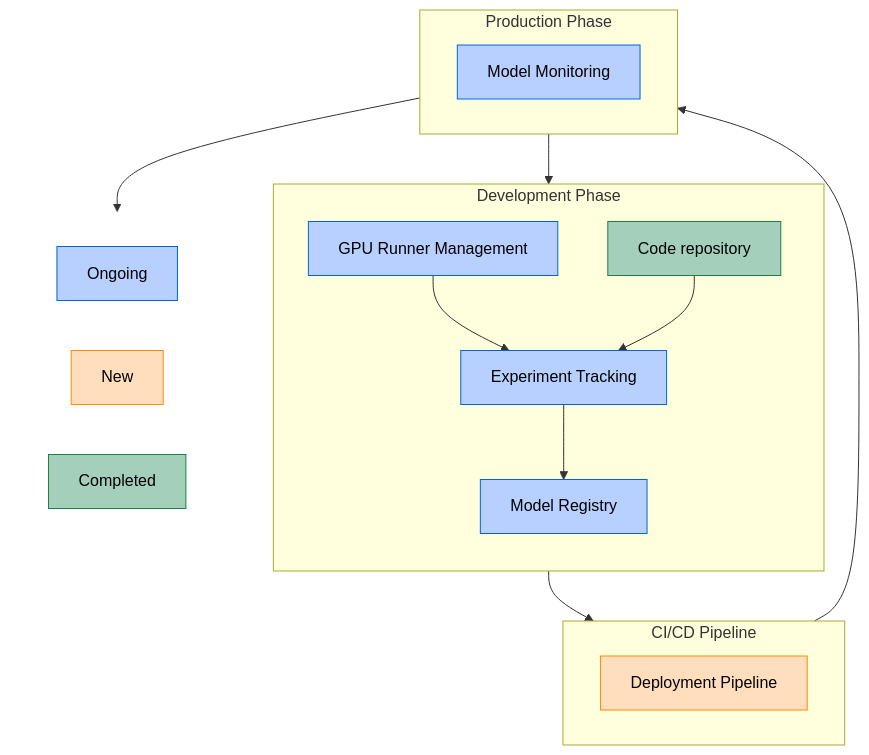
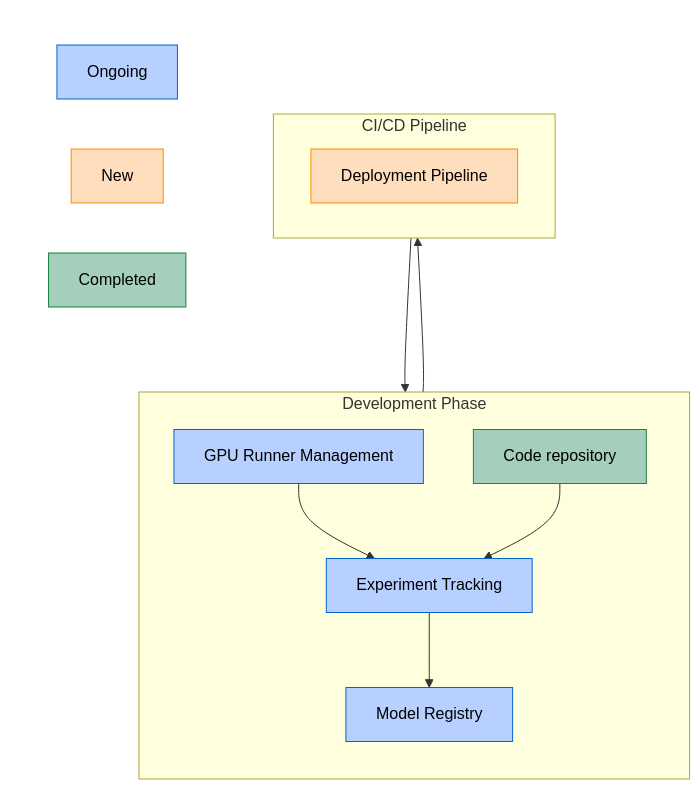
One commit to zalyoung/gitlab-handbook changed the diagram in content/handbook/engineering/architecture/design-documents/mlops/_index.md. Above: the diagram before and after it, drawn with Mermaid. The commit also changed other lines of this file, not shown here.

````diff
--- a/content/handbook/engineering/architecture/design-documents/mlops/_index.md
+++ b/content/handbook/engineering/architecture/design-documents/mlops/_index.md
@@ -65,42 +64,37 @@
 ```mermaid
 graph TB
     subgraph DevPhase["Development Phase"]
         direction TB
         A1[Experiment Tracking]:::ongoing
         A2[Model Registry]:::ongoing
         A3[GPU Runner Management]:::ongoing
         A4[Code repository]:::completed
     end
 
     subgraph CiCd["CI/CD Pipeline"]
         B4[Deployment Pipeline]:::new
     end
 
-    subgraph Prod["Production Phase"]
-        C2[Model Monitoring]:::ongoing
-    end
 
     A1 --> A2
     DevPhase --> CiCd
     A3 --> A1
     A4 --> A1
-    CiCd --> Prod
-    Prod --> DevPhase
+    CiCd --> DevPhase
 
     %% Define styles for different statuses
     classDef completed fill:#a3cfbb,stroke:#178344,color:black
     classDef new fill:#ffdebd,stroke:#ff8c00,color:black
     classDef ongoing fill:#b8d0ff,stroke:#0066cc,color:black
 
     %% Place the legend at the bottom with right alignment
     subgraph Legend[" "]
         direction LR
         L3[Ongoing]:::ongoing
         L2[New]:::new
         L1[Completed]:::completed
     end
-    
+
     %% Position the legend at the bottom right
-    Prod --> Legend
     style Legend fill:none,stroke:none
 ```
````
